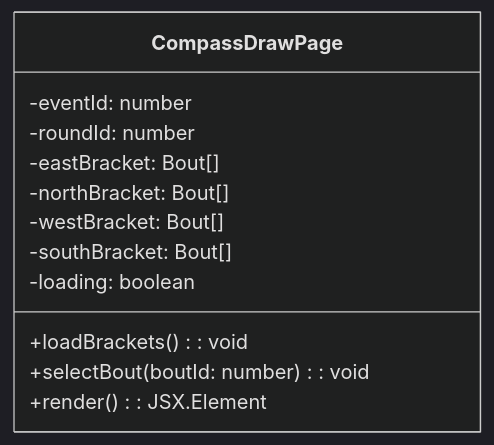
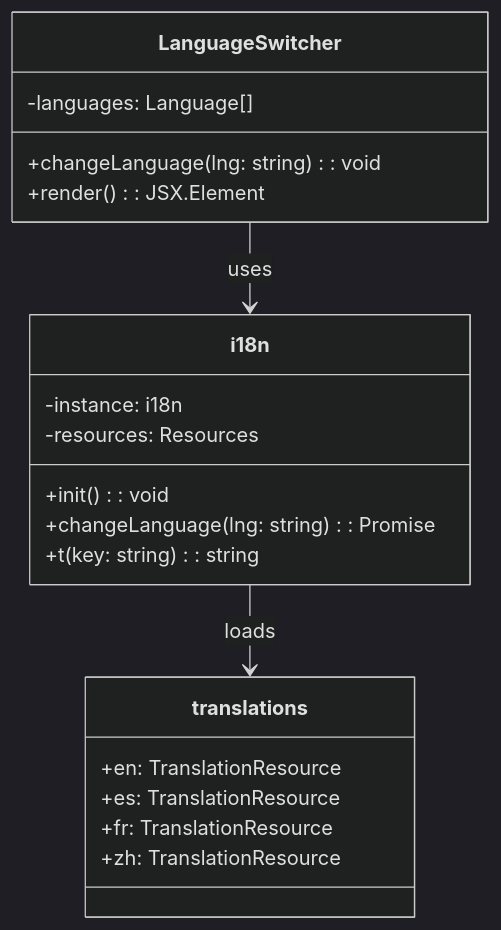
Diagram 37 of 38 in docs/Spring Quarter Deliverables/SDD.md (FencingSeniorDesign/client), drawn with Mermaid (dark theme) before and after one commit. The commit also changed other lines of this file, not shown here.

````diff
--- a/docs/Spring Quarter Deliverables/SDD.md
+++ b/docs/Spring Quarter Deliverables/SDD.md
@@ -1977,15 +1747,26 @@
 ```mermaid
 classDiagram
-    class CompassDrawPage {
-        -eventId: number
-        -roundId: number
-        -eastBracket: Bout[]
-        -northBracket: Bout[]
-        -westBracket: Bout[]
-        -southBracket: Bout[]
-        -loading: boolean
-        +loadBrackets(): void
-        +selectBout(boutId: number): void
+    class i18n {
+        -instance: i18n
+        -resources: Resources
+        +init(): void
+        +changeLanguage(lng: string): Promise
+        +t(key: string): string
+    }
+
+    class LanguageSwitcher {
+        -languages: Language[]
+        +changeLanguage(lng: string): void
         +render(): JSX.Element
     }
+
+    class translations {
+        +en: TranslationResource
+        +es: TranslationResource
+        +fr: TranslationResource
+        +zh: TranslationResource
+    }
+
+    i18n --> translations: loads
+    LanguageSwitcher --> i18n: uses
 ```
````
